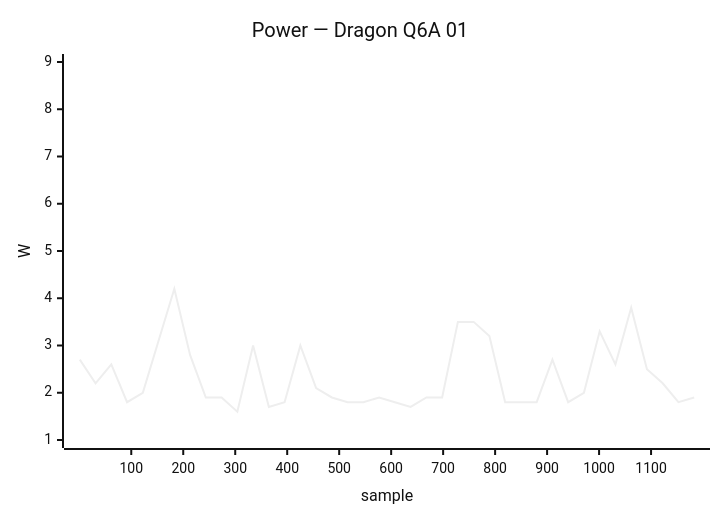
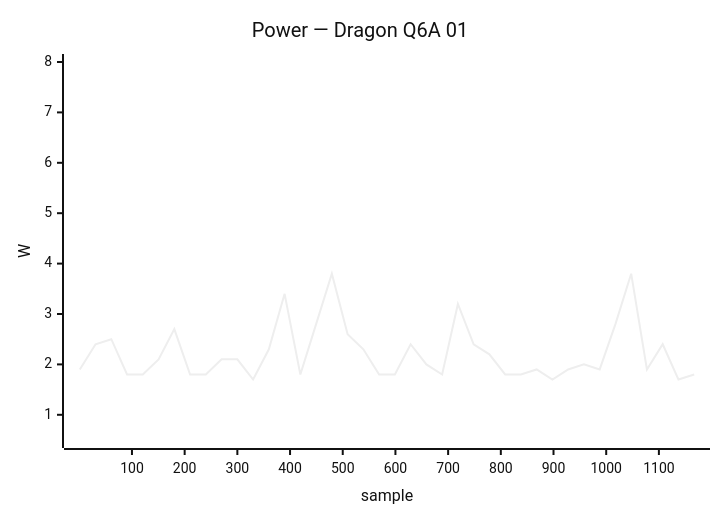
Diagram 18 of 50 in docs/status/board-tests.md (armbian/documentation), drawn with Mermaid (neutral theme) before and after one commit. The commit also changed other lines of this file, not shown here.

````diff
--- a/docs/status/board-tests.md
+++ b/docs/status/board-tests.md
@@ -903,7 +962,7 @@
 ```mermaid
 xychart-beta
     title "Power — Dragon Q6A 01"
-    x-axis "sample" 1 --> 1183
-    y-axis "W" 1.0 --> 9.0
-    line [2.7, 2.2, 2.6, 1.8, 2.0, 3.1, 4.2, 2.8, 1.9, 1.9, 1.6, 3.0, 1.7, 1.8, 3.0, 2.1, 1.9, 1.8, 1.8, 1.9, 1.8, 1.7, 1.9, 1.9, 3.5, 3.5, 3.2, 1.8, 1.8, 1.8, 2.7, 1.8, 2.0, 3.3, 2.6, 3.8, 2.5, 2.2, 1.8, 1.9]
+    x-axis "sample" 1 --> 1167
+    y-axis "W" 0.5 --> 8.0
+    line [1.9, 2.4, 2.5, 1.8, 1.8, 2.1, 2.7, 1.8, 1.8, 2.1, 2.1, 1.7, 2.3, 3.4, 1.8, 2.8, 3.8, 2.6, 2.3, 1.8, 1.8, 2.4, 2.0, 1.8, 3.2, 2.4, 2.2, 1.8, 1.8, 1.9, 1.7, 1.9, 2.0, 1.9, 2.8, 3.8, 1.9, 2.4, 1.7, 1.8]
 ```
````
